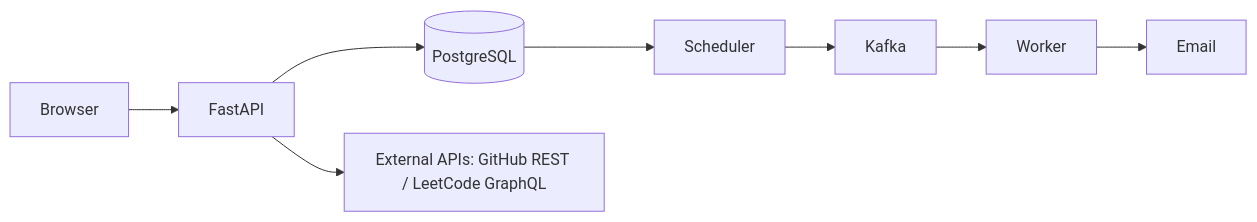
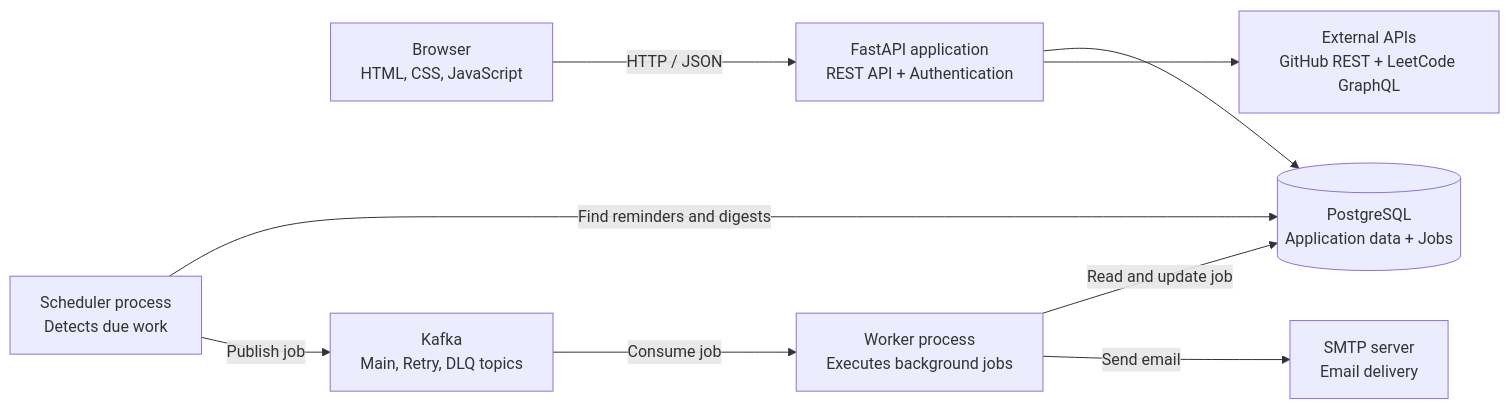
One commit to rajeev8008/Pace changed the diagram in README.md. Above: the diagram before and after it, drawn with Mermaid.

Commit message:
Update README.md
Updated architecture diagram in README to include detailed descriptions for each component.

````diff
--- a/README.md
+++ b/README.md
@@ -37,10 +37,28 @@
 ```mermaid
 flowchart LR
-    Browser --> API[FastAPI]
-    API --> DB[(PostgreSQL)]
-    API --> External[External APIs: GitHub REST / LeetCode GraphQL]
-    DB --> Scheduler
-    Scheduler --> Kafka
-    Kafka --> Worker
-    Worker --> SMTP[Email]
+    Browser["Browser<br/>HTML, CSS, JavaScript"]
+
+    API["FastAPI application<br/>REST API + Authentication"]
+
+    DB[("PostgreSQL<br/>Application data + Jobs")]
+
+    External["External APIs<br/>GitHub REST + LeetCode GraphQL"]
+
+    Scheduler["Scheduler process<br/>Detects due work"]
+
+    Kafka["Kafka<br/>Main, Retry, DLQ topics"]
+
+    Worker["Worker process<br/>Executes background jobs"]
+
+    SMTP["SMTP server<br/>Email delivery"]
+
+    Browser -->|"HTTP / JSON"| API
+    API --> DB
+    API --> External
+
+    Scheduler -->|"Find reminders and digests"| DB
+    Scheduler -->|"Publish job"| Kafka
+    Kafka -->|"Consume job"| Worker
+    Worker -->|"Read and update job"| DB
+    Worker -->|"Send email"| SMTP
 ```
````
